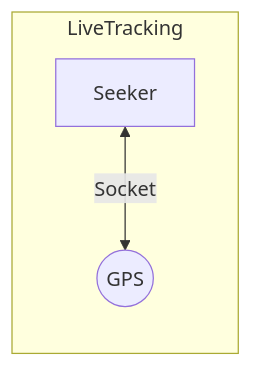
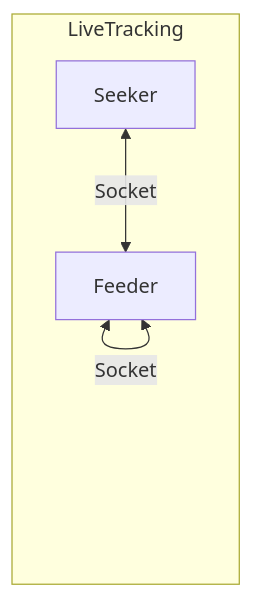
One commit to Jaivignesh-afk/example changed the third of 3 diagrams in Design.md. Above: the diagram before and after it, drawn with Mermaid. The commit also changed other lines of this file, not shown here.

````diff
--- a/Design.md
+++ b/Design.md
@@ -18,6 +18,7 @@
 ```mermaid
  flowchart LR
  subgraph LiveTracking
  A[Seeker] <--Socket--> B((GPS))
+ B[Feeder] <--Socket--> B
  end
 ```
````
